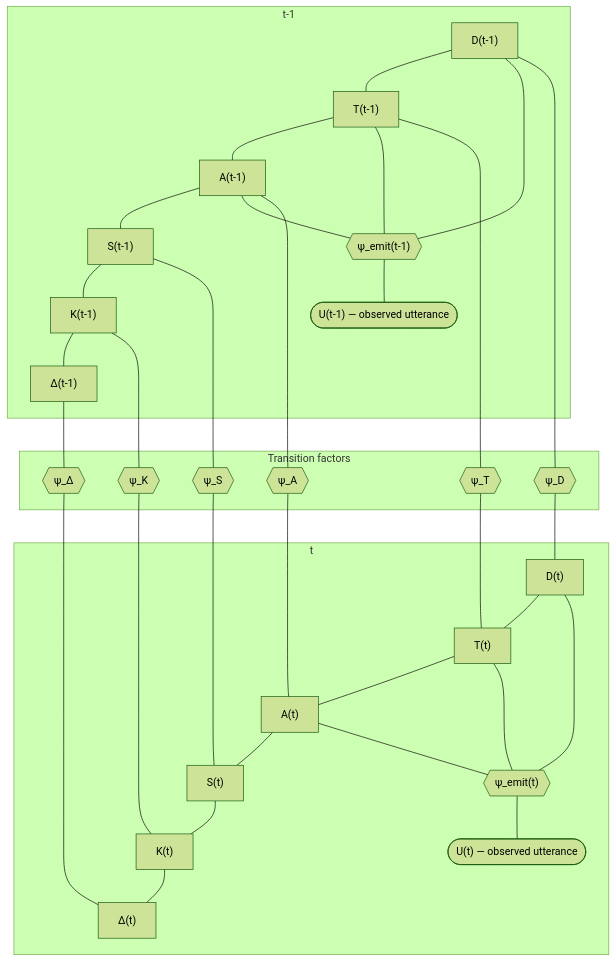
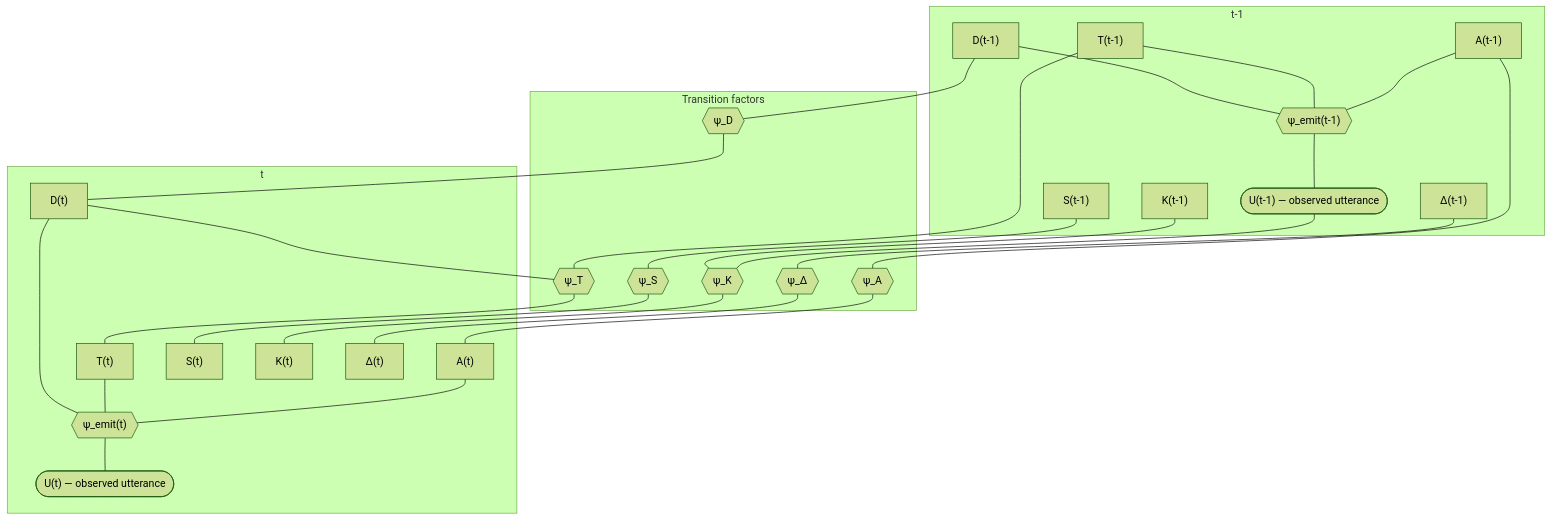
The diagram in docs/LATENT_STATE_ARCHITECTURE.md (krisheswaran/uta_model), drawn with Mermaid (forest theme) before and after one commit.

Commit message:
Fix factor-graph to be consistent with description of factors

````diff
--- a/docs/LATENT_STATE_ARCHITECTURE.md
+++ b/docs/LATENT_STATE_ARCHITECTURE.md
@@ -347,41 +347,57 @@
 ```mermaid
 graph TD
     subgraph "t-1"
-        D1["D(t-1)"] --- T1["T(t-1)"] --- A1["A(t-1)"] --- S1["S(t-1)"] --- K1["K(t-1)"] --- Delta1["Δ(t-1)"]
-        D1 --- emit1{{"ψ_emit(t-1)"}}
+        D1["D(t-1)"]
+        T1["T(t-1)"]
+        A1["A(t-1)"]
+        S1["S(t-1)"]
+        K1["K(t-1)"]
+        Delta1["Δ(t-1)"]
+        emit1{{"ψ_emit(t-1)"}}
+        U1(["U(t-1) — observed utterance"])
+        D1 --- emit1
         T1 --- emit1
         A1 --- emit1
-        emit1 --- U1(["U(t-1) — observed utterance"])
+        emit1 --- U1
     end
 
     subgraph "Transition factors"
         pD{{"ψ_D"}}
         pT{{"ψ_T"}}
         pA{{"ψ_A"}}
         pS{{"ψ_S"}}
         pK{{"ψ_K"}}
         pDelta{{"ψ_Δ"}}
     end
 
     D1 --- pD
     T1 --- pT
     A1 --- pA
     S1 --- pS
     K1 --- pK
     Delta1 --- pDelta
+    U1 --- pK
 
     subgraph "t"
-        D2["D(t)"] --- T2["T(t)"] --- A2["A(t)"] --- S2["S(t)"] --- K2["K(t)"] --- Delta2["Δ(t)"]
-        D2 --- emit2{{"ψ_emit(t)"}}
+        D2["D(t)"]
+        T2["T(t)"]
+        A2["A(t)"]
+        S2["S(t)"]
+        K2["K(t)"]
+        Delta2["Δ(t)"]
+        emit2{{"ψ_emit(t)"}}
+        U2(["U(t) — observed utterance"])
+        D2 --- emit2
         T2 --- emit2
         A2 --- emit2
-        emit2 --- U2(["U(t) — observed utterance"])
+        emit2 --- U2
     end
 
     pD --- D2
     pT --- T2
+    D2 --- pT
     pA --- A2
     pS --- S2
     pK --- K2
     pDelta --- Delta2
 ```
````
